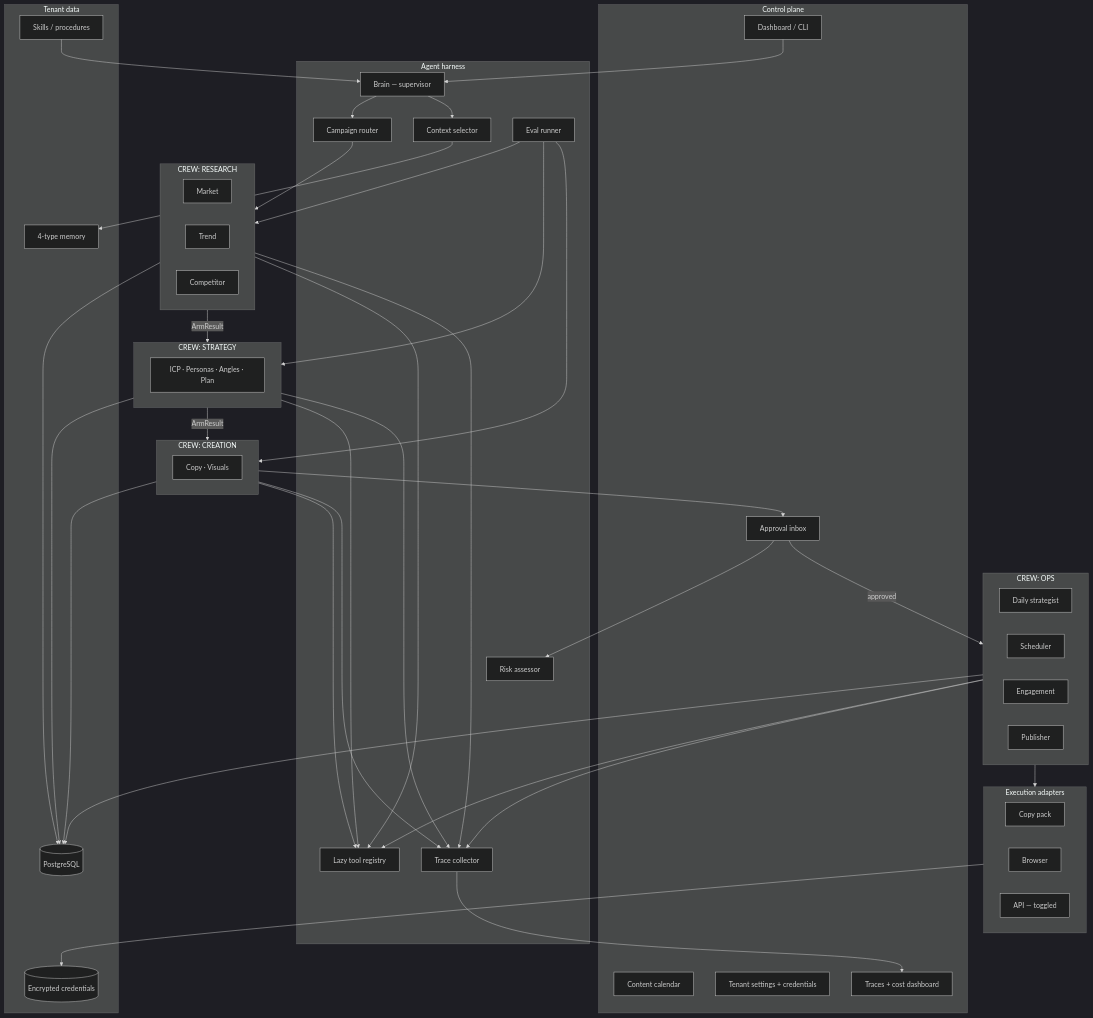
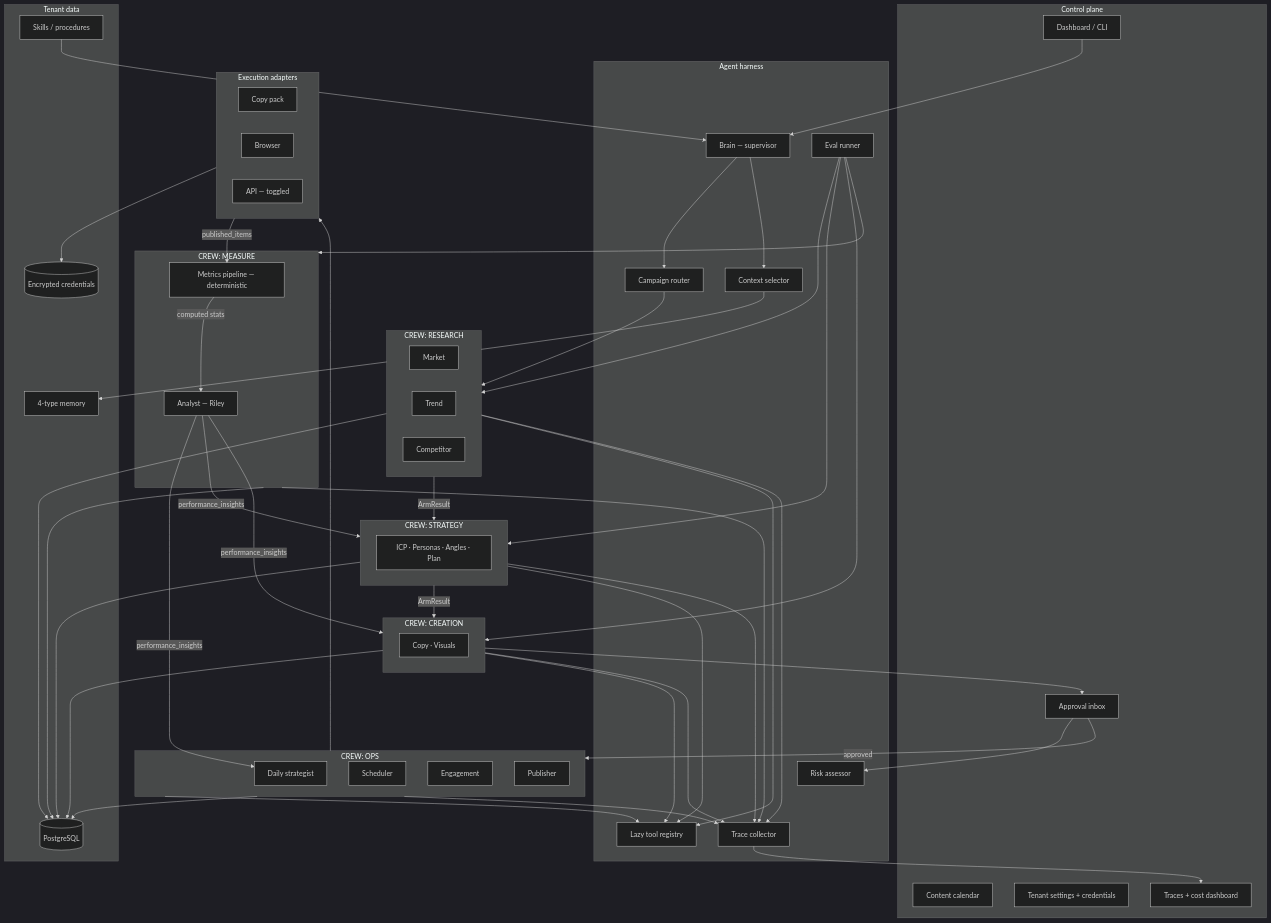
The diagram in docs/design.md (elsayedabdelnaby/AdWasta), drawn with Mermaid (dark theme) before and after one commit. The commit also changed other lines of this file and 2 other files, not shown here.

````diff
--- a/docs/design.md
+++ b/docs/design.md
@@ -300,73 +320,81 @@
 ```mermaid
 flowchart TB
   subgraph UI["Control plane"]
     Dashboard[Dashboard / CLI]
     Inbox[Approval inbox]
     Cal[Content calendar]
     Settings[Tenant settings + credentials]
     Obs[Traces + cost dashboard]
   end
 
   subgraph Harness["Agent harness"]
     Brain[Brain — supervisor]
     Router[Campaign router]
     Risk[Risk assessor]
     Tools[Lazy tool registry]
     Ctx[Context selector]
     Eval[Eval runner]
     Trace[Trace collector]
   end
 
   subgraph ResearchCrew["CREW: RESEARCH"]
     M[Market]
     T[Trend]
     Co[Competitor]
   end
 
   subgraph StrategyCrew["CREW: STRATEGY"]
     St[ICP · Personas · Angles · Plan]
   end
 
   subgraph CreationCrew["CREW: CREATION"]
     Ct[Copy · Visuals]
   end
 
   subgraph OpsCrew["CREW: OPS"]
     D[Daily strategist]
     Sch[Scheduler]
     E[Engagement]
     Pub[Publisher]
   end
 
+  subgraph MeasureCrew["CREW: MEASURE"]
+    MP[Metrics pipeline — deterministic]
+    An[Analyst — Riley]
+  end
+
   subgraph Exec["Execution adapters"]
     CP[Copy pack]
     BR[Browser]
     API[API — toggled]
   end
 
   subgraph Data["Tenant data"]
     DB[(PostgreSQL)]
     Vault[(Encrypted credentials)]
     Mem[4-type memory]
     Skills[Skills / procedures]
   end
 
   Dashboard --> Brain
   Inbox --> Risk
   Brain --> Router
   Router --> ResearchCrew
   ResearchCrew -->|ArmResult| StrategyCrew
   StrategyCrew -->|ArmResult| CreationCrew
   CreationCrew --> Inbox
   Inbox -->|approved| OpsCrew
   ResearchCrew & StrategyCrew & CreationCrew & OpsCrew --> Tools
   Brain --> Ctx
   Ctx --> Mem
-  ResearchCrew & StrategyCrew & CreationCrew & OpsCrew --> DB
+  ResearchCrew & StrategyCrew & CreationCrew & OpsCrew & MeasureCrew --> DB
   OpsCrew --> Exec
   Exec --> Vault
-  ResearchCrew & StrategyCrew & CreationCrew & OpsCrew --> Trace
+  Exec -->|published_items| MP
+  MP -->|computed stats| An
+  An -->|performance_insights| StrategyCrew & CreationCrew & D
+  ResearchCrew & StrategyCrew & CreationCrew & OpsCrew & MeasureCrew --> Trace
   Trace --> Obs
-  Eval --> ResearchCrew & StrategyCrew & CreationCrew
+  Eval --> ResearchCrew & StrategyCrew & CreationCrew & MeasureCrew
   Skills --> Brain
 ```
````
